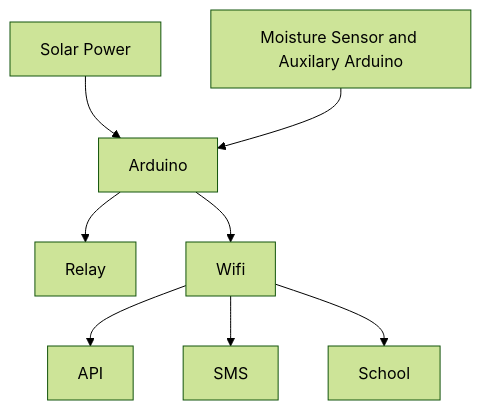
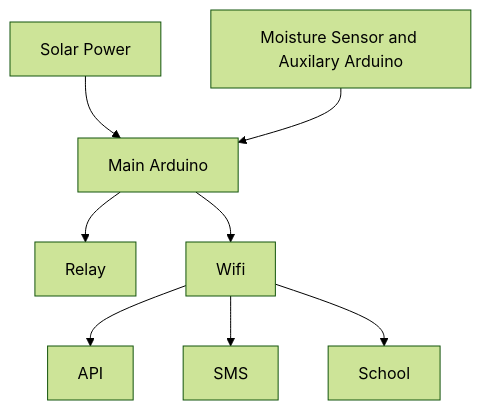
Before and after one commit to FegelSamuel/Sprinkler-System: the diagram in README.md, drawn with Mermaid (forest theme).

````diff
--- a/README.md
+++ b/README.md
@@ -1,10 +1,10 @@
 ```mermaid
 graph TD
-    A["Solar Power"] --> B["Arduino"]
-    B["Arduino"] --> H["Relay"]
-    B["Arduino"] --> C["Wifi"]
+    A["Solar Power"] --> B["Main Arduino"]
+    B["Main Arduino"] --> H["Relay"]
+    B["Main Arduino"] --> C["Wifi"]
     C["Wifi"] --> E["API"]
     C["Wifi"] --> F["SMS"]
     C["Wifi"] --> G["School"]
-    D["Moisture Sensor and Auxilary Arduino"] --> B["Arduino"]
+    D["Moisture Sensor and Auxilary Arduino"] --> B["Main Arduino"]
 ```
````
